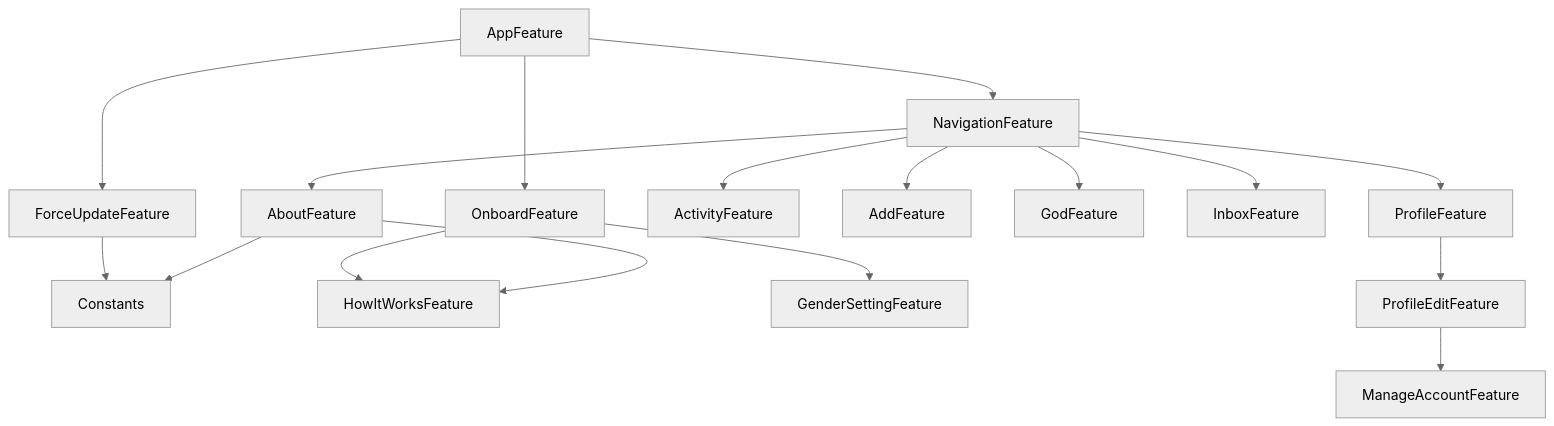
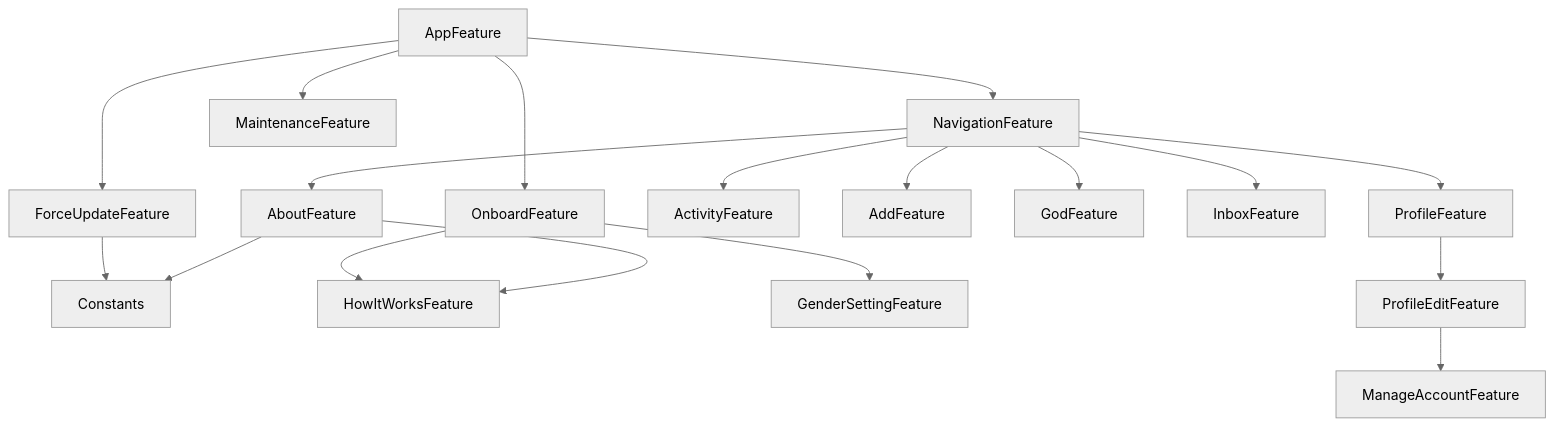
One commit to 0x1-company/god-ios changed the diagram in Packages/GodPackage/README.md. Above: the diagram before and after it, drawn with Mermaid (neutral theme).

Commit message:
Run dgraph

````diff
--- a/Packages/GodPackage/README.md
+++ b/Packages/GodPackage/README.md
@@ -6,19 +6,20 @@
 ```mermaid
 graph TD;
     AboutFeature-->Constants;
     AboutFeature-->HowItWorksFeature;
     AppFeature-->OnboardFeature;
     AppFeature-->NavigationFeature;
     AppFeature-->ForceUpdateFeature;
+    AppFeature-->MaintenanceFeature;
     ForceUpdateFeature-->Constants;
     NavigationFeature-->AboutFeature;
     NavigationFeature-->ActivityFeature;
     NavigationFeature-->AddFeature;
     NavigationFeature-->GodFeature;
     NavigationFeature-->InboxFeature;
     NavigationFeature-->ProfileFeature;
     OnboardFeature-->HowItWorksFeature;
     OnboardFeature-->GenderSettingFeature;
     ProfileEditFeature-->ManageAccountFeature;
     ProfileFeature-->ProfileEditFeature;
 ```
````
